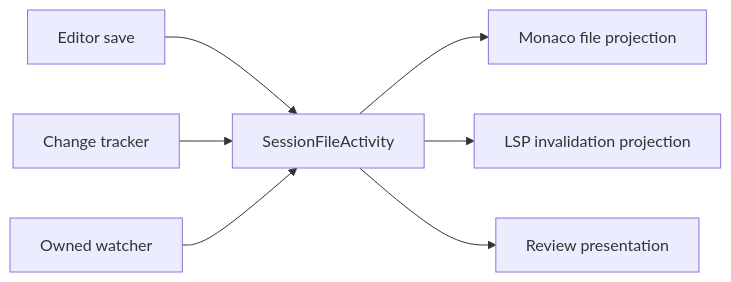
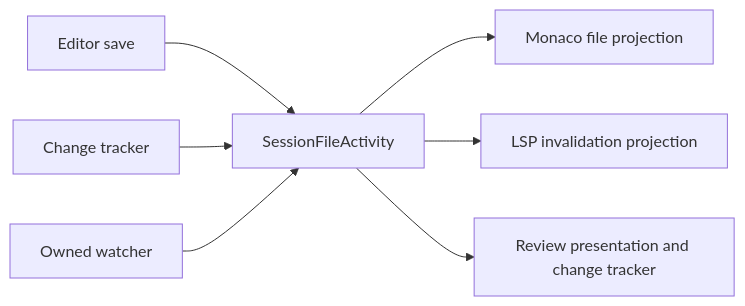
Before and after one commit to Kapps/weavie: the diagram in docs/concepts/session-file-activity.md, drawn with Mermaid. The commit also changed other lines of this file and 14 other files, not shown here.

````diff
--- a/docs/concepts/session-file-activity.md
+++ b/docs/concepts/session-file-activity.md
@@ -18,9 +18,9 @@
 ```mermaid
 flowchart LR
     E[Editor save] --> A[SessionFileActivity]
     T[Change tracker] --> A
     W[Owned watcher] --> A
     A --> M[Monaco file projection]
     A --> L[LSP invalidation projection]
-    A --> R[Review presentation]
+    A --> R[Review presentation and change tracker]
 ```
````
